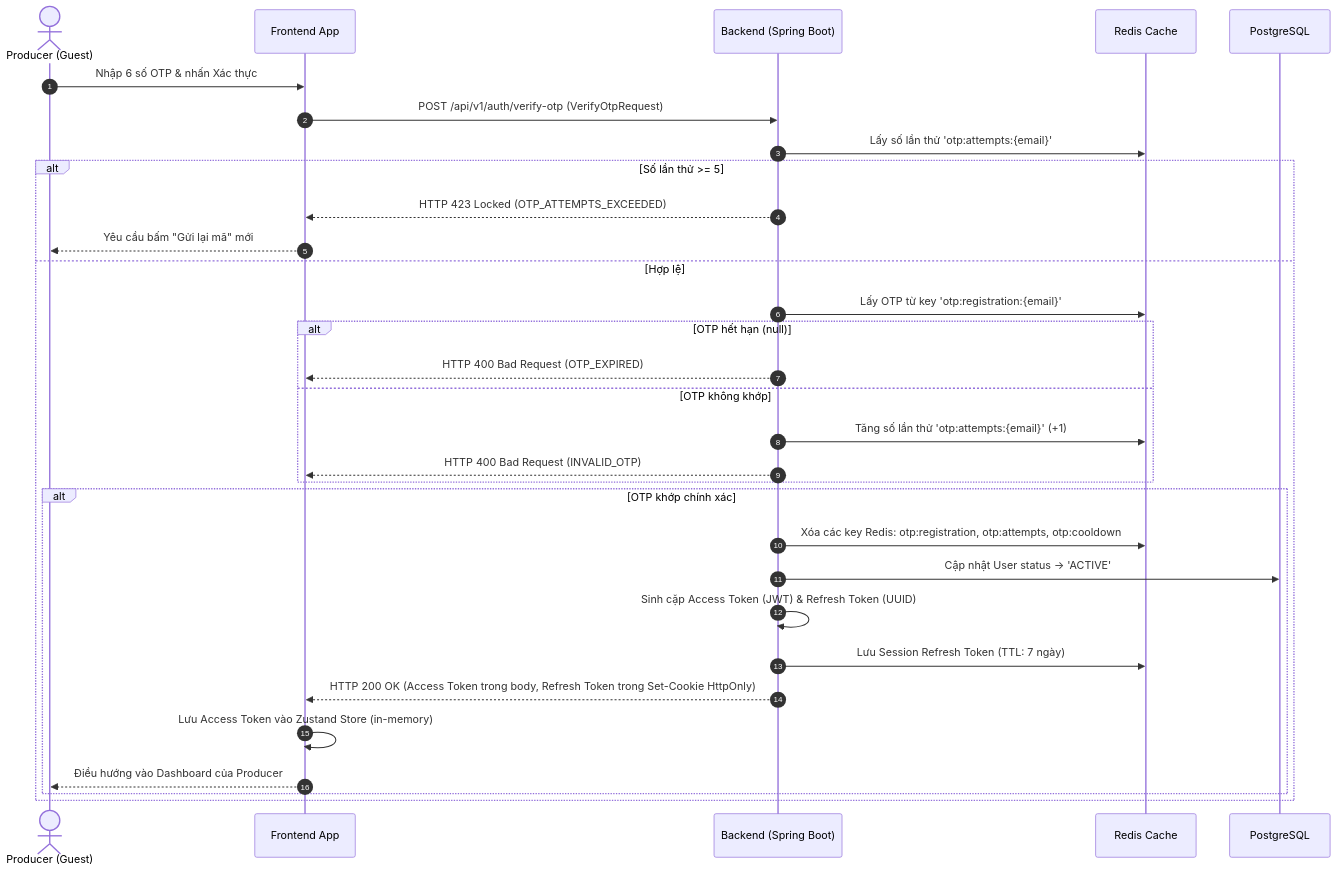
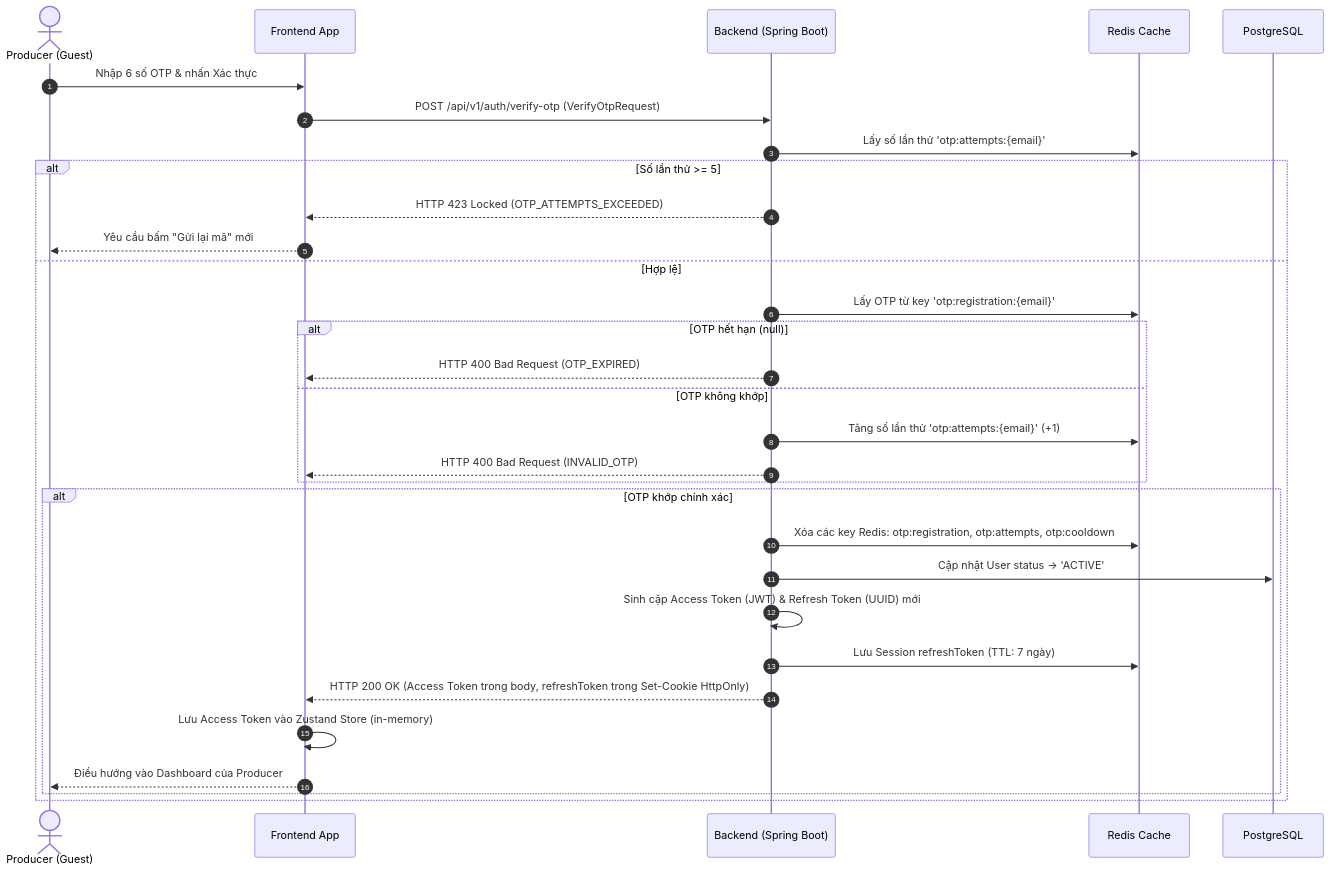
The third of 6 diagrams in docs/1. Identity & Access Management/01_register_otp_verification.md (NguyenDucHoangNam/PWB_Mini), drawn with Mermaid before and after one commit. The commit also changed other lines of this file and 22 other files, not shown here.

````diff
--- a/docs/1. Identity & Access Management/01_register_otp_verification.md
+++ b/docs/1. Identity & Access Management/01_register_otp_verification.md
@@ -208,34 +231,34 @@
 ```mermaid
 sequenceDiagram
     autonumber
     actor User as Producer (Guest)
     participant FE as Frontend App
     participant BE as Backend (Spring Boot)
     participant Redis as Redis Cache
     participant DB as PostgreSQL
 
     User->>FE: Nhập 6 số OTP & nhấn Xác thực
     FE->>BE: POST /api/v1/auth/verify-otp (VerifyOtpRequest)
     BE->>Redis: Lấy số lần thử 'otp:attempts:{email}'
     alt Số lần thử >= 5
         BE-->>FE: HTTP 423 Locked (OTP_ATTEMPTS_EXCEEDED)
         FE-->>User: Yêu cầu bấm "Gửi lại mã" mới
     else Hợp lệ
         BE->>Redis: Lấy OTP từ key 'otp:registration:{email}'
         alt OTP hết hạn (null)
             BE-->>FE: HTTP 400 Bad Request (OTP_EXPIRED)
         else OTP không khớp
             BE->>Redis: Tăng số lần thử 'otp:attempts:{email}' (+1)
             BE-->>FE: HTTP 400 Bad Request (INVALID_OTP)
         end
         alt OTP khớp chính xác
             BE->>Redis: Xóa các key Redis: otp:registration, otp:attempts, otp:cooldown
             BE->>DB: Cập nhật User status -> 'ACTIVE'
-            BE->>BE: Sinh cặp Access Token (JWT) & Refresh Token (UUID)
-            BE->>Redis: Lưu Session Refresh Token (TTL: 7 ngày)
-            BE-->>FE: HTTP 200 OK (Access Token trong body, Refresh Token trong Set-Cookie HttpOnly)
+            BE->>BE: Sinh cặp Access Token (JWT) & Refresh Token (UUID) mới
+            BE->>Redis: Lưu Session refreshToken (TTL: 7 ngày)
+            BE-->>FE: HTTP 200 OK (Access Token trong body, refreshToken trong Set-Cookie HttpOnly)
             FE->>FE: Lưu Access Token vào Zustand Store (in-memory)
             FE-->>User: Điều hướng vào Dashboard của Producer
         end
     end
 ```
````
